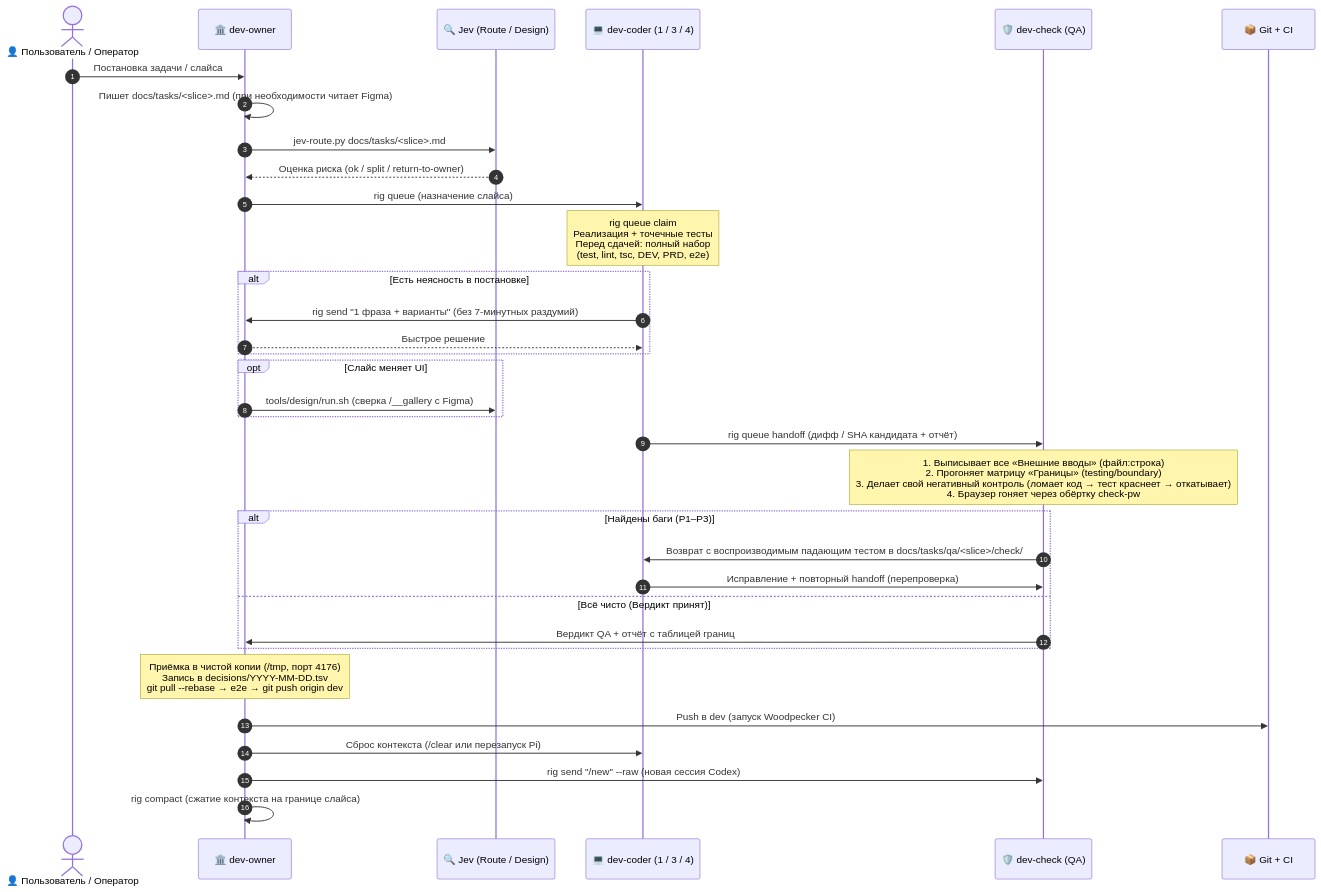
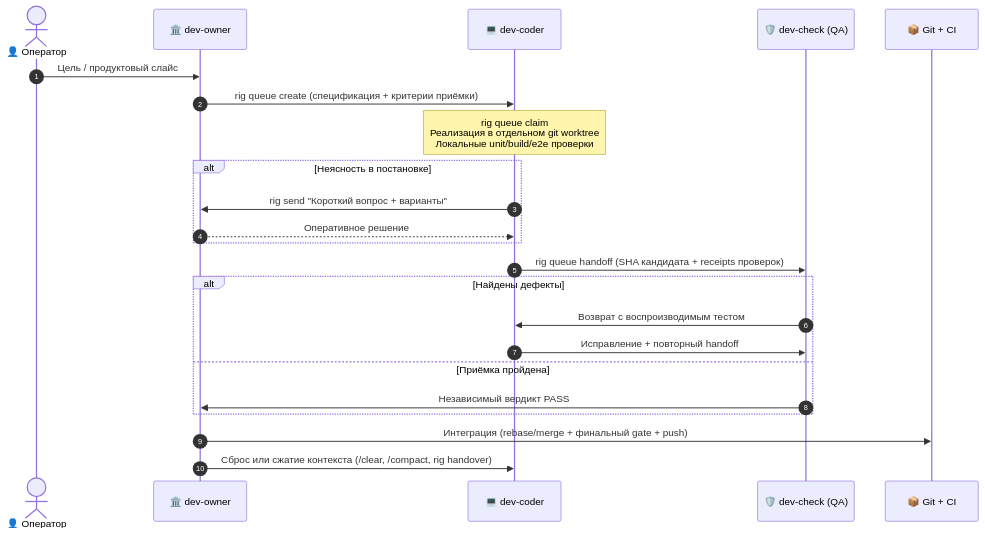
Before and after one commit to Vedariy/rig-commander: the second of 5 diagrams in openrig/docs/architecture.md, drawn with Mermaid. The commit also changed other lines of this file and 8 other files, not shown here.

````diff
--- a/openrig/docs/architecture.md
+++ b/openrig/docs/architecture.md
@@ -72,44 +61,30 @@
 ```mermaid
 sequenceDiagram
     autonumber
-    actor User as 👤 Пользователь / Оператор
+    actor Operator as 👤 Оператор
     participant Owner as 🏛️ dev-owner
-    participant Jev as 🔍 Jev (Route / Design)
-    participant Coder as 💻 dev-coder (1 / 3 / 4)
-    participant Check as 🛡️ dev-check (QA)
+    participant Coder as 💻 dev-coder
+    participant QA as 🛡️ dev-check (QA)
     participant Git as 📦 Git + CI
 
-    User->>Owner: Постановка задачи / слайса
-    Owner->>Owner: Пишет docs/tasks/<slice>.md (при необходимости читает Figma)
-    Owner->>Jev: jev-route.py docs/tasks/<slice>.md
-    Jev-->>Owner: Оценка риска (ok / split / return-to-owner)
-    
-    Owner->>Coder: rig queue (назначение слайса)
-    Note over Coder: rig queue claim<br/>Реализация + точечные тесты<br/>Перед сдачей: полный набор<br/>(test, lint, tsc, DEV, PRD, e2e)
-    
-    alt Есть неясность в постановке
-        Coder->>Owner: rig send "1 фраза + варианты" (без 7-минутных раздумий)
-        Owner-->>Coder: Быстрое решение
+    Operator->>Owner: Цель / продуктовый слайс
+    Owner->>Coder: rig queue create (спецификация + критерии приёмки)
+    Note over Coder: rig queue claim<br/>Реализация в отдельном git worktree<br/>Локальные unit/build/e2e проверки
+
+    alt Неясность в постановке
+        Coder->>Owner: rig send "Короткий вопрос + варианты"
+        Owner-->>Coder: Оперативное решение
     end
 
-    opt Слайс меняет UI
-        Owner->>Jev: tools/design/run.sh (сверка /__gallery с Figma)
+    Coder->>QA: rig queue handoff (SHA кандидата + receipts проверок)
+
+    alt Найдены дефекты
+        QA->>Coder: Возврат с воспроизводимым тестом
+        Coder->>QA: Исправление + повторный handoff
+    else Приёмка пройдена
+        QA->>Owner: Независимый вердикт PASS
     end
 
-    Coder->>Check: rig queue handoff (дифф / SHA кандидата + отчёт)
-    
-    Note over Check: 1. Выписывает все «Внешние вводы» (файл:строка)<br/>2. Прогоняет матрицу «Границы» (testing/boundary)<br/>3. Делает свой негативный контроль (ломает код → тест краснеет → откатывает)<br/>4. Браузер гоняет через обёртку check-pw
-
-    alt Найдены баги (P1–P3)
-        Check->>Coder: Возврат с воспроизводимым падающим тестом в docs/tasks/qa/<slice>/check/
-        Coder->>Check: Исправление + повторный handoff (перепроверка)
-    else Всё чисто (Вердикт принят)
-        Check->>Owner: Вердикт QA + отчёт с таблицей границ
-    end
-
-    Note over Owner: Приёмка в чистой копии (/tmp, порт 4176)<br/>Запись в decisions/YYYY-MM-DD.tsv<br/>git pull --rebase → e2e → git push origin dev
-    Owner->>Git: Push в dev (запуск Woodpecker CI)
-    Owner->>Coder: Сброс контекста (/clear или перезапуск Pi)
-    Owner->>Check: rig send "/new" --raw (новая сессия Codex)
-    Owner->>Owner: rig compact (сжатие контекста на границе слайса)
+    Owner->>Git: Интеграция (rebase/merge + финальный gate + push)
+    Owner->>Coder: Сброс или сжатие контекста (/clear, /compact, rig handover)
 ```
````
